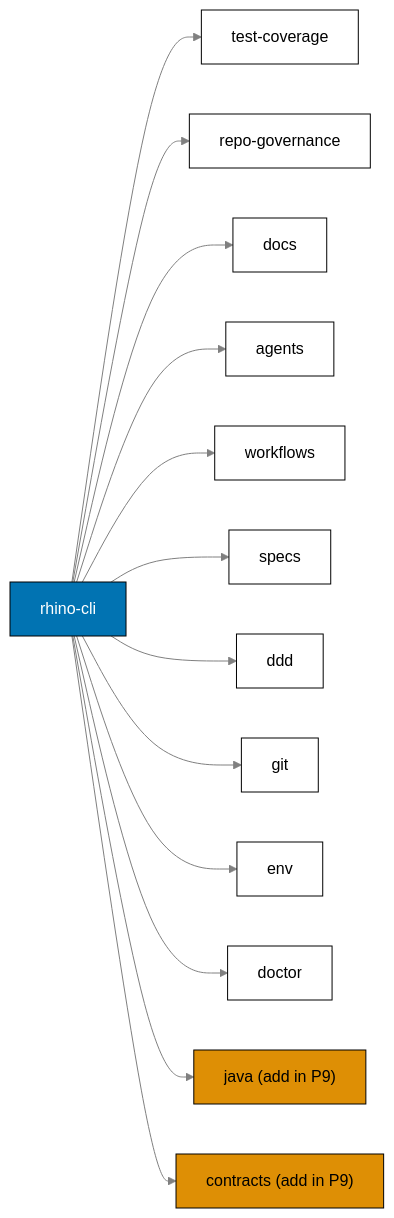
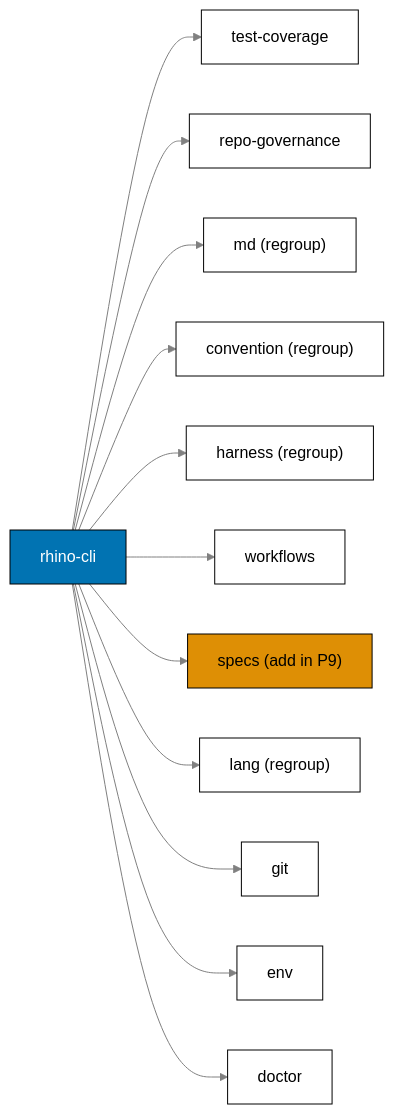
Before and after one commit to wahidyankf/ose-primer: the first of 8 diagrams in plans/in-progress/standardize-repo-toolchain-parity/tech-docs.md, drawn with Mermaid. The commit also changed other lines of this file and 4 other files, not shown here.

First line of the commit message:
docs(plans): rhino-cli scope-based regroup + uniform grammar + test-lifecycle architecture

````diff
--- a/plans/in-progress/standardize-repo-toolchain-parity/tech-docs.md
+++ b/plans/in-progress/standardize-repo-toolchain-parity/tech-docs.md
@@ -91,32 +132,30 @@
 ```mermaid
-%% rhino-cli union command surface tree
+%% rhino-cli union command surface tree (ose-primer view)
 flowchart LR
   ROOT["rhino-cli"]
   ROOT --> TC["test-coverage"]
   ROOT --> RG["repo-governance"]
-  ROOT --> DOCS["docs"]
-  ROOT --> AG["agents"]
+  ROOT --> MD["md (regroup)"]
+  ROOT --> CV["convention (regroup)"]
+  ROOT --> HA["harness (regroup)"]
   ROOT --> WF["workflows"]
-  ROOT --> SP["specs"]
-  ROOT --> DDD["ddd"]
+  ROOT --> SP["specs (add in P9)"]
+  ROOT --> LG["lang (regroup)"]
   ROOT --> GIT["git"]
   ROOT --> ENV["env"]
   ROOT --> DOC["doctor"]
-  ROOT --> JAVA["java (add in P9)"]
-  ROOT --> CON["contracts (add in P9)"]
 
   linkStyle default stroke:#808080,stroke-width:1px
   style ROOT fill:#0173B2,stroke:#000000,color:#FFFFFF
   style TC fill:#FFFFFF,stroke:#000000,color:#000000
   style RG fill:#FFFFFF,stroke:#000000,color:#000000
-  style DOCS fill:#FFFFFF,stroke:#000000,color:#000000
-  style AG fill:#FFFFFF,stroke:#000000,color:#000000
+  style MD fill:#FFFFFF,stroke:#000000,color:#000000
+  style CV fill:#FFFFFF,stroke:#000000,color:#000000
+  style HA fill:#FFFFFF,stroke:#000000,color:#000000
   style WF fill:#FFFFFF,stroke:#000000,color:#000000
-  style SP fill:#FFFFFF,stroke:#000000,color:#000000
-  style DDD fill:#FFFFFF,stroke:#000000,color:#000000
+  style SP fill:#DE8F05,stroke:#000000,color:#000000
+  style LG fill:#FFFFFF,stroke:#000000,color:#000000
   style GIT fill:#FFFFFF,stroke:#000000,color:#000000
   style ENV fill:#FFFFFF,stroke:#000000,color:#000000
   style DOC fill:#FFFFFF,stroke:#000000,color:#000000
-  style JAVA fill:#DE8F05,stroke:#000000,color:#000000
-  style CON fill:#DE8F05,stroke:#000000,color:#000000
 ```
````
